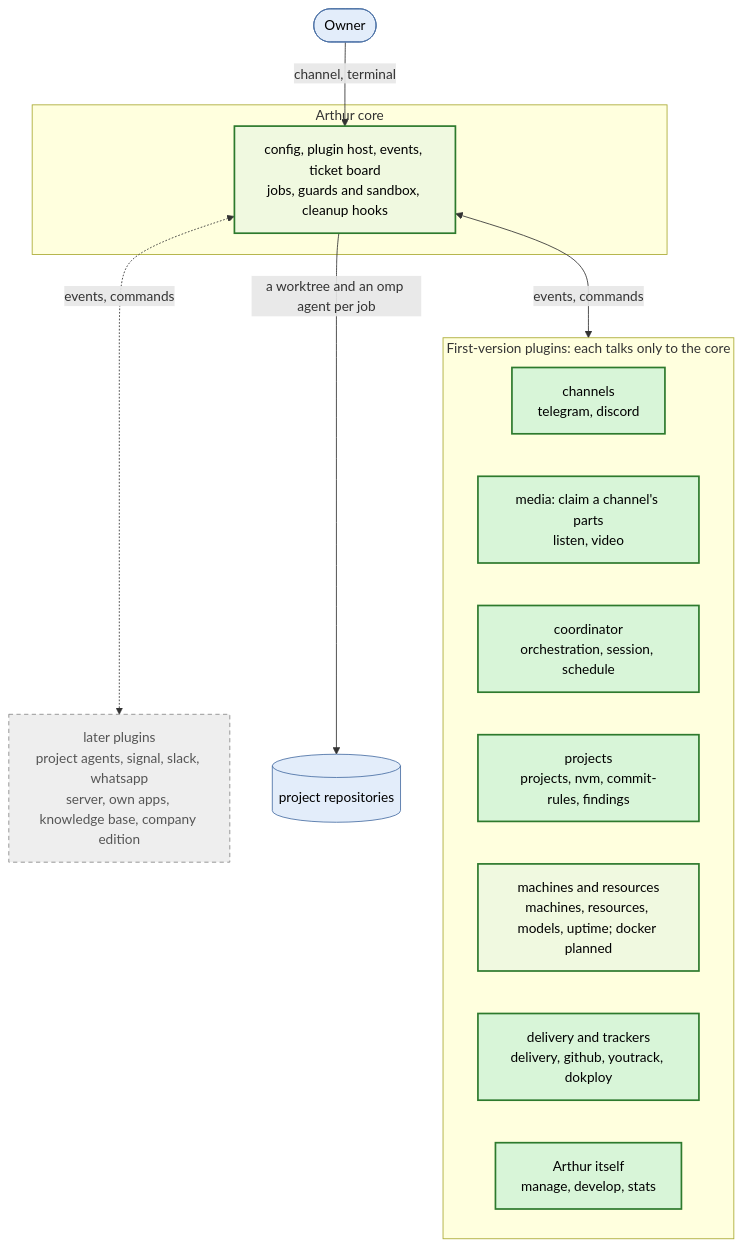
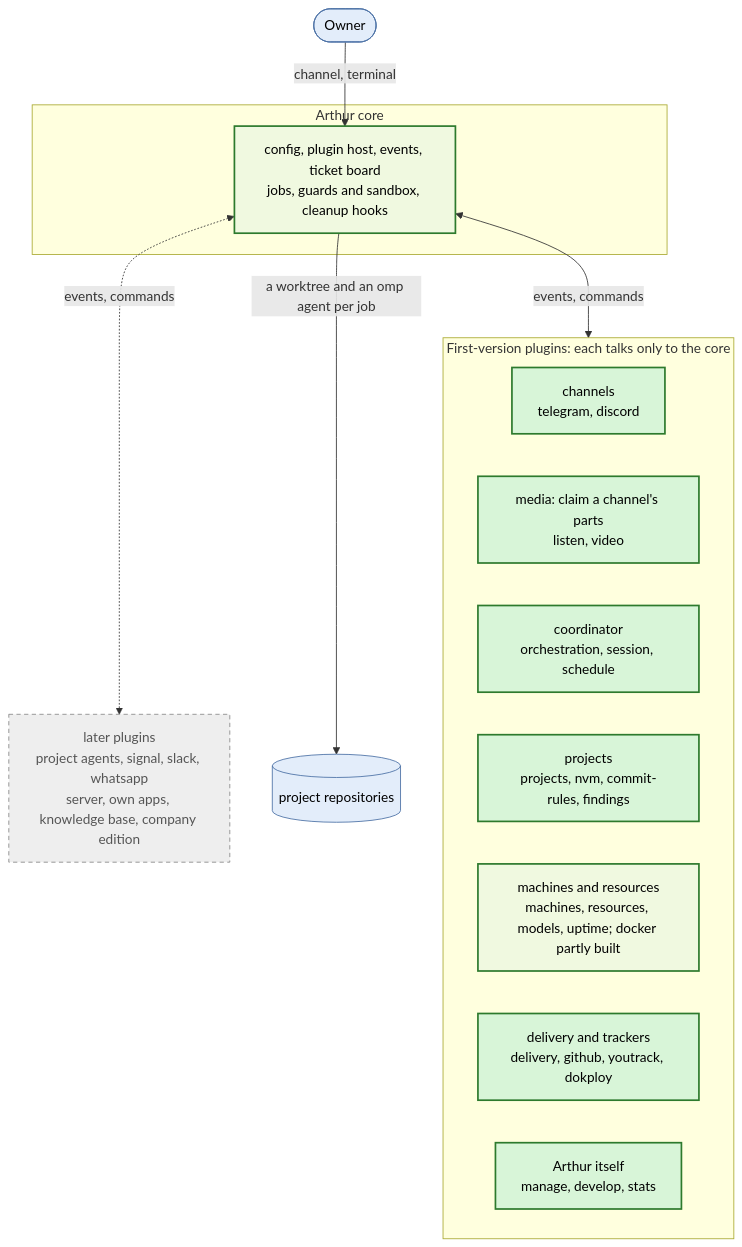
The diagram in README.md (kacperadler/arthur), drawn with Mermaid before and after one commit. The commit also changed other lines of this file and 24 other files, not shown here.

First line of the commit message:
feat(AR0645): docker plugin labels job resources; machines.labels

````diff
--- a/README.md
+++ b/README.md
@@ -61,28 +62,28 @@
 ```mermaid
 flowchart TD
   owner([Owner]) -->|channel, terminal| core
   subgraph CORE[Arthur core]
     core[config, plugin host, events, ticket board<br/>jobs, guards and sandbox, cleanup hooks]
   end
   subgraph FIRST[First-version plugins: each talks only to the core]
     chan[channels<br/>telegram, discord]
     media[media: claim a channel's parts<br/>listen, video]
     coord[coordinator<br/>orchestration, session, schedule]
     proj[projects<br/>projects, nvm, commit-rules, findings]
-    res[machines and resources<br/>machines, resources, models, uptime; docker planned]
+    res[machines and resources<br/>machines, resources, models, uptime; docker partly built]
     deliv[delivery and trackers<br/>delivery, github, youtrack, dokploy]
     self[Arthur itself<br/>manage, develop, stats]
   end
   later[later plugins<br/>project agents, signal, slack, whatsapp<br/>server, own apps, knowledge base, company edition]
   core <-->|events, commands| FIRST
   core <-.->|events, commands| later
   core -->|a worktree and an omp agent per job| repos[(project repositories)]
   classDef built fill:#d8f5d8,stroke:#2d7a2d,stroke-width:2px,color:#000;
   classDef partial fill:#f0f9e0,stroke:#2d7a2d,stroke-width:2px,color:#000;
   classDef planned fill:#eee,stroke:#888,stroke-dasharray:5 4,color:#555;
   classDef outside fill:#e3edfa,stroke:#4a6fa5,color:#000;
   class coord,proj,self,media,chan,deliv built;
   class core,res partial;
   class later planned;
   class owner,repos outside;
 ```
````
